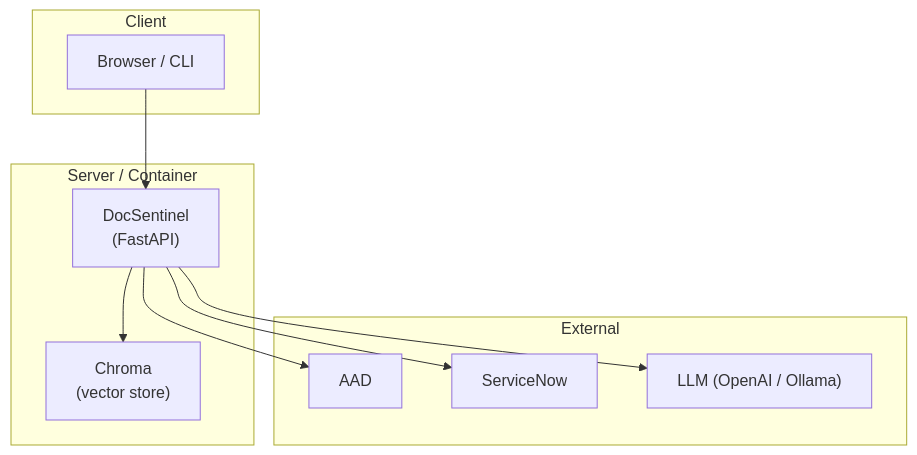
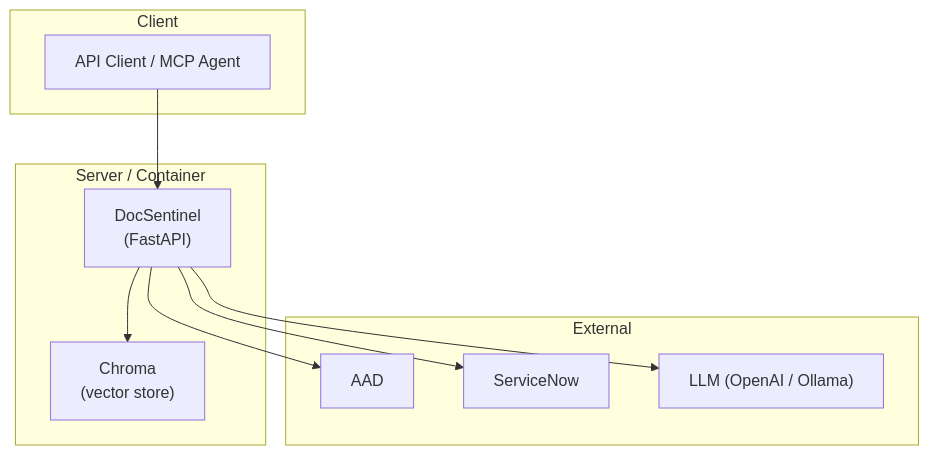
Before and after one commit to arthurpanhku/DocSentinel: the seventh of 7 diagrams in ARCHITECTURE.md, drawn with Mermaid. The commit also changed other lines of this file and 9 other files, not shown here.

````diff
--- a/ARCHITECTURE.md
+++ b/ARCHITECTURE.md
@@ -235,20 +308,20 @@
 ```mermaid
 flowchart TB
     subgraph Client["Client"]
-        Browser["Browser / CLI"]
+        Browser["API Client / MCP Agent"]
     end
     subgraph Server["Server / Container"]
         App["DocSentinel\n(FastAPI)"]
         Chroma["Chroma\n(vector store)"]
     end
     subgraph External["External"]
         AAD["AAD"]
         SN["ServiceNow"]
         LLM["LLM (OpenAI / Ollama)"]
     end
     Browser --> App
     App --> Chroma
     App --> AAD
     App --> SN
     App --> LLM
 ```
````
